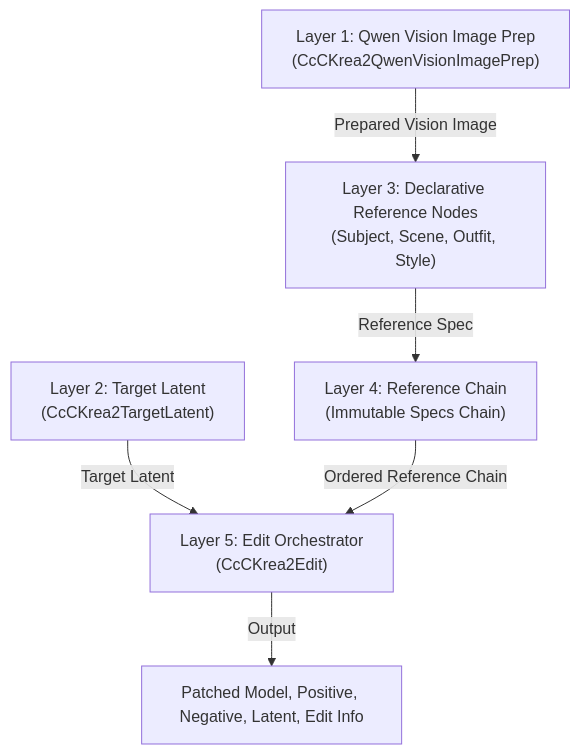
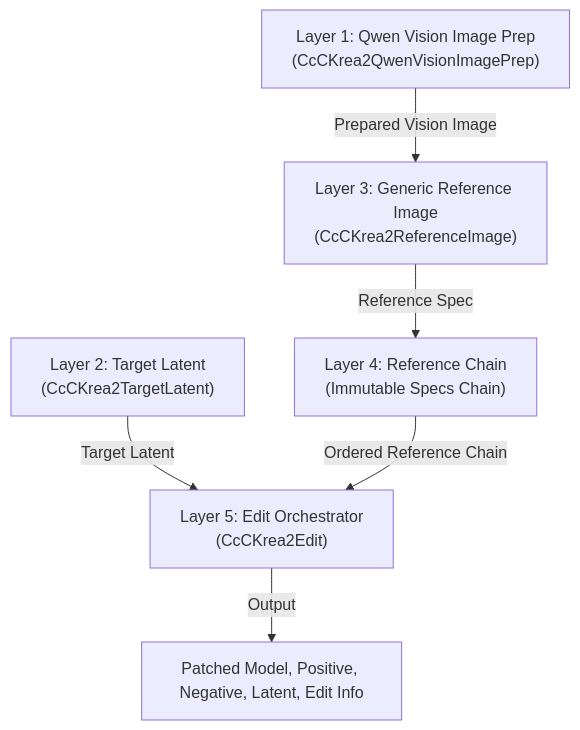
Before and after one commit to demonccc/ComfyUI-CcC-Krea2: the diagram in ARCHITECTURE.md, drawn with Mermaid. The commit also changed other lines of this file and 17 other files, not shown here.

````diff
--- a/ARCHITECTURE.md
+++ b/ARCHITECTURE.md
@@ -31,8 +27,8 @@
 ```mermaid
 graph TD
-    L1["Layer 1: Qwen Vision Image Prep<br/>(CcCKrea2QwenVisionImagePrep)"] -->|Prepared Vision Image| L3["Layer 3: Declarative Reference Nodes<br/>(Subject, Scene, Outfit, Style)"]
+    L1["Layer 1: Qwen Vision Image Prep<br/>(CcCKrea2QwenVisionImagePrep)"] -->|Prepared Vision Image| L3["Layer 3: Generic Reference Image<br/>(CcCKrea2ReferenceImage)"]
     L2["Layer 2: Target Latent<br/>(CcCKrea2TargetLatent)"] -->|Target Latent| L5["Layer 5: Edit Orchestrator<br/>(CcCKrea2Edit)"]
     L3 -->|Reference Spec| L4["Layer 4: Reference Chain<br/>(Immutable Specs Chain)"]
     L4 -->|Ordered Reference Chain| L5
     L5 -->|Output| OUT["Patched Model, Positive, Negative, Latent, Edit Info"]
 ```
````
